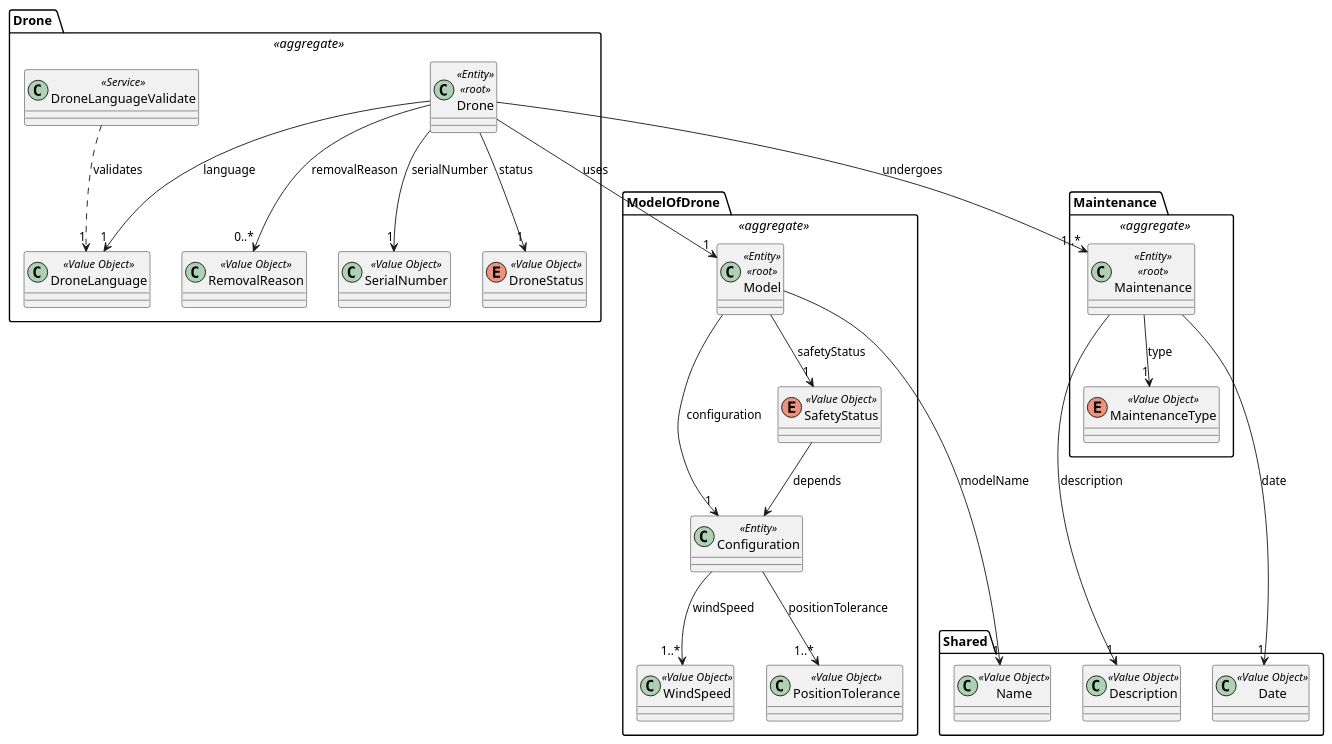
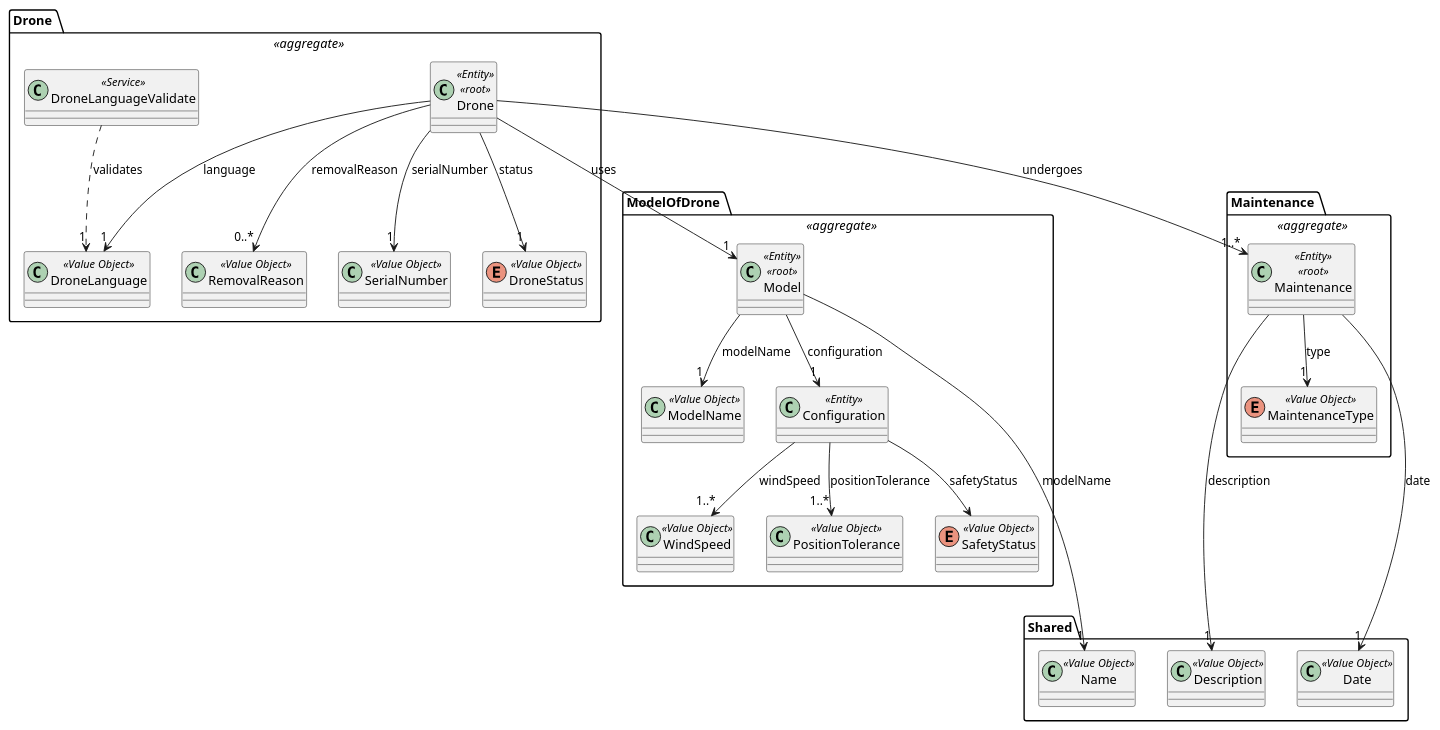
One commit to diogoveirospro/sem4pi-2024-2025-sem4pi_2024_2025_g44 changed the diagram in docs/global_artifacts/analysis/puml/domain_model_drone.puml. Above: the diagram before and after it, drawn with PlantUML. The commit also changed 5 other files, not shown here.

```diff
--- a/docs/global_artifacts/analysis/puml/domain_model_drone.puml
+++ b/docs/global_artifacts/analysis/puml/domain_model_drone.puml
@@ -1,97 +1,98 @@
 @startuml
 
 package "Drone " <<aggregate>> {
 
     class Drone <<Entity>> <<root>>{
     }
 
     class SerialNumber <<Value Object>>{
     }
 
     enum DroneStatus <<Value Object>>{
     }
 
     class RemovalReason <<Value Object>>{
     }
 
     class DroneLanguage <<Value Object>>{
     }
 
     class DroneLanguageValidate <<Service>>{
     }
 
     'Drone -> x
     Drone --> "1" DroneStatus: status
     Drone --> "1" SerialNumber: serialNumber
     Drone --> "0..*" RemovalReason: removalReason
     Drone --> "1" DroneLanguage: language
 
     'DroneLanguageValidate -> x
     DroneLanguageValidate ..> "1" DroneLanguage: validates
 }
 
 package "ModelOfDrone " <<aggregate>> {
 
     class Model <<Entity>> <<root>>{
     }
-
+    class ModelName <<Value Object>>{
+    }
     class Configuration <<Entity>>{
     }
 
     class WindSpeed <<Value Object>>{
     }
 
     class PositionTolerance <<Value Object>>{
     }
 
     enum SafetyStatus <<Value Object>>{
     }
 
     'Model -> x
     Model --> "1" Configuration: configuration
     Configuration --> "1..*" WindSpeed: windSpeed
     Configuration --> "1..*" PositionTolerance: positionTolerance
-    Model --> "1" SafetyStatus: safetyStatus
-    SafetyStatus -->  Configuration: depends
+    Model --> "1" ModelName: modelName
+    Configuration --> SafetyStatus: safetyStatus
 
 
     'Drone -> x
     Drone --> "1" Model: uses
 
 }
 
 package "Maintenance " <<aggregate>> {
 
     class Maintenance <<Entity>> <<root>>{
     }
 
     enum MaintenanceType <<Value Object>>{
     }
 
     'Maintenance -> x
     Maintenance --> "1" MaintenanceType: type
 
     'Drone -> x
     Drone --> "1..*" Maintenance: undergoes
 }
 
 package Shared {
 
     class Date <<Value Object>>{
     }
 
     class Description <<Value Object>>{
     }
 
     class Name <<Value Object>>{
     }
 
     'Maintenance -> x
     Maintenance ----> "1" Date: date
     Maintenance ----> "1" Description: description
 
     'Model -> x
     Model ----> "1" Name: modelName
 }
 
 @enduml
```
